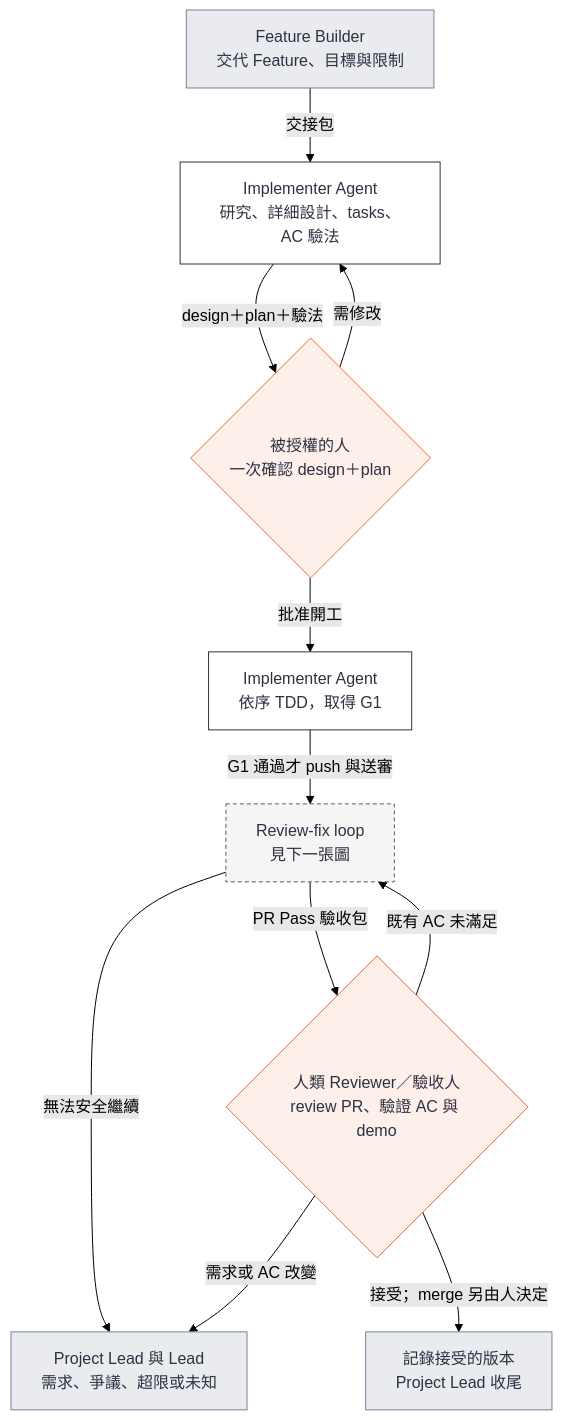
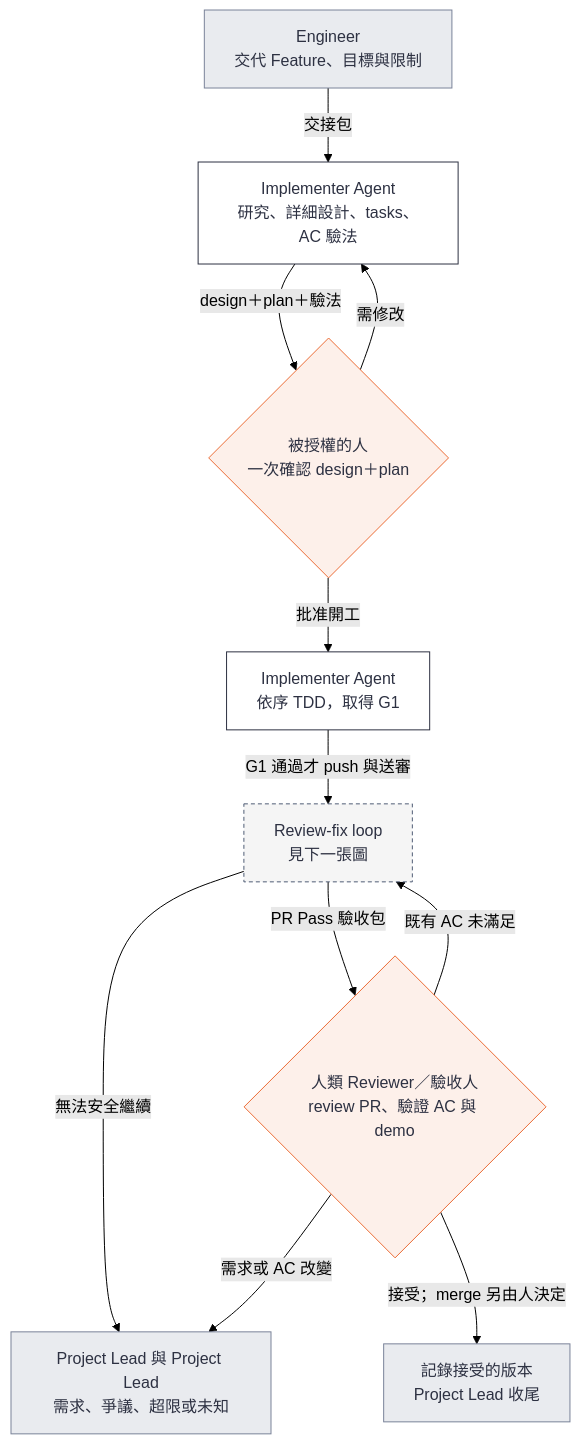
Before and after one commit to ellis429/loop-engineering: the fourth of 5 diagrams in docs/guide/reference.md, drawn with Mermaid (forest theme). The commit also changed other lines of this file and 4 other files, not shown here.

First line of the commit message:
docs: name the human roles Project Lead and Engineer

````diff
--- a/docs/guide/reference.md
+++ b/docs/guide/reference.md
@@ -380,25 +380,25 @@
 ```mermaid
 flowchart TD
-    A["Feature Builder<br/>交代 Feature、目標與限制"]:::human
+    A["Engineer<br/>交代 Feature、目標與限制"]:::human
     B["Implementer Agent<br/>研究、詳細設計、tasks、AC 驗法"]:::agent
     C{"被授權的人<br/>一次確認 design＋plan"}:::gate
     D["Implementer Agent<br/>依序 TDD，取得 G1"]:::agent
     L["Review-fix loop<br/>見下一張圖"]:::mech
     H{"人類 Reviewer／驗收人<br/>review PR、驗證 AC 與 demo"}:::gate
     Z["記錄接受的版本<br/>Project Lead 收尾"]:::human
-    Q["Project Lead 與 Lead<br/>需求、爭議、超限或未知"]:::human
+    Q["Project Lead 與 Project Lead<br/>需求、爭議、超限或未知"]:::human
     A -->|交接包| B
     B -->|design＋plan＋驗法| C
     C -->|需修改| B
     C -->|批准開工| D
     D -->|G1 通過才 push 與送審| L
     L -->|PR Pass 驗收包| H
     L -->|無法安全繼續| Q
     H -->|既有 AC 未滿足| L
     H -->|需求或 AC 改變| Q
     H -->|接受；merge 另由人決定| Z
     classDef human fill:#e9ebef,stroke:#7a8399,color:#2d3142
     classDef agent fill:#ffffff,stroke:#2d3142,color:#2d3142
     classDef gate fill:#fdf0ea,stroke:#eb6c36,color:#2d3142
     classDef mech fill:#f5f5f5,stroke:#4f5d75,stroke-dasharray:4 3,color:#2d3142
 ```
````
